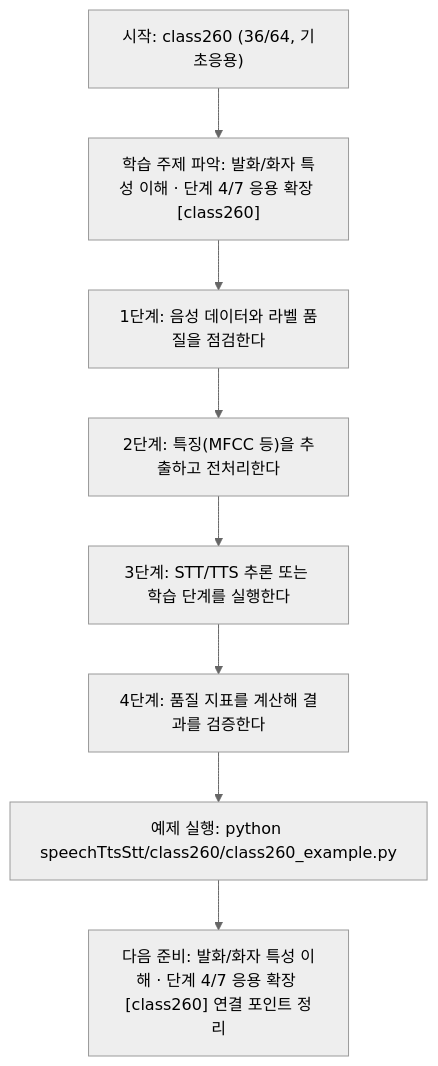
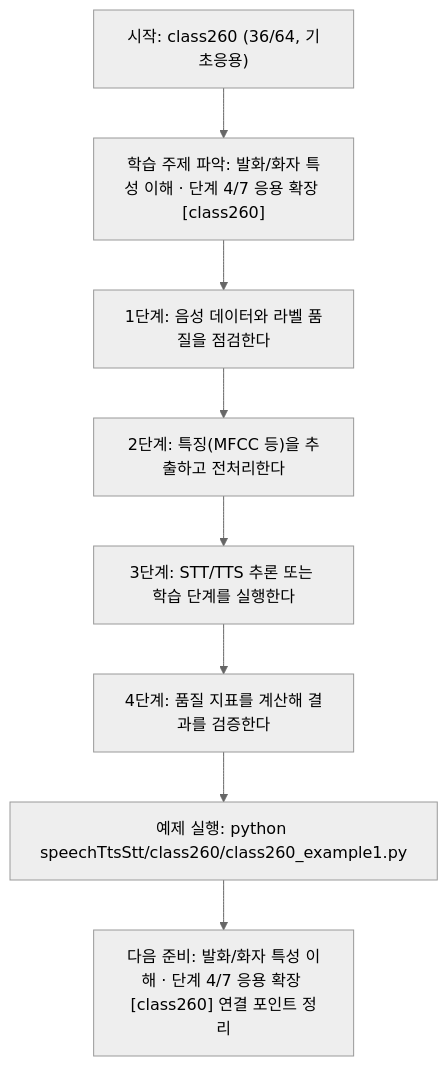
The diagram in speechTtsStt/class260/class260.md (edumgt/Python-AI_Agent-Class), drawn with Mermaid (neutral theme) before and after one commit. The commit also changed other lines of this file and 2959 other files, not shown here.

````diff
--- a/speechTtsStt/class260/class260.md
+++ b/speechTtsStt/class260/class260.md
@@ -115,18 +115,18 @@
 ```mermaid
 flowchart TD
 N1["시작: class260 (36/64, 기초응용)"]
 N2["학습 주제 파악: 발화/화자 특성 이해 · 단계 4/7 응용 확장 [class260]"]
 N3["1단계: 음성 데이터와 라벨 품질을 점검한다"]
 N4["2단계: 특징(MFCC 등)을 추출하고 전처리한다"]
 N5["3단계: STT/TTS 추론 또는 학습 단계를 실행한다"]
 N6["4단계: 품질 지표를 계산해 결과를 검증한다"]
-N7["예제 실행: python speechTtsStt/class260/class260_example.py"]
+N7["예제 실행: python speechTtsStt/class260/class260_example1.py"]
 N8["다음 준비: 발화/화자 특성 이해 · 단계 4/7 응용 확장 [class260] 연결 포인트 정리"]
 N1 --> N2
 N2 --> N3
 N3 --> N4
 N4 --> N5
 N5 --> N6
 N6 --> N7
 N7 --> N8
 ```
````
